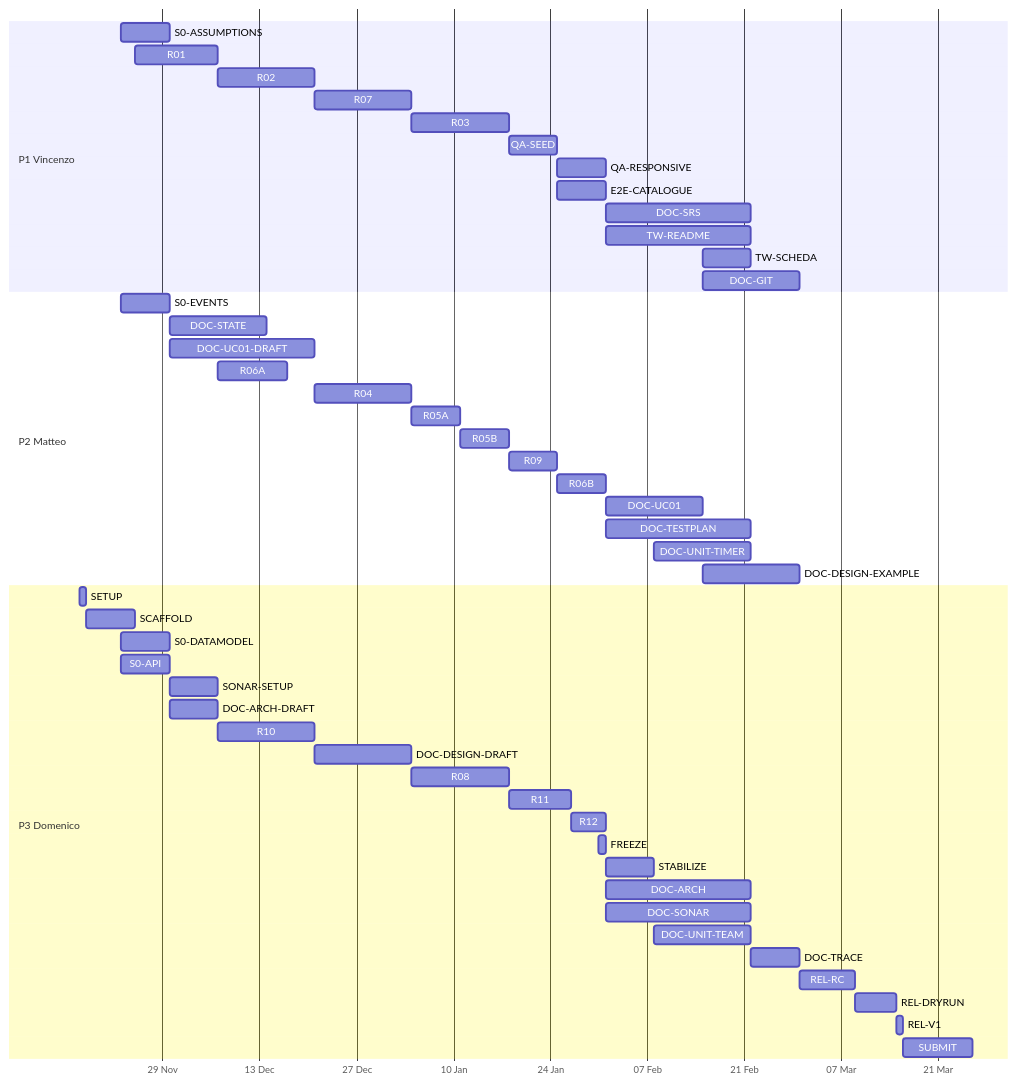
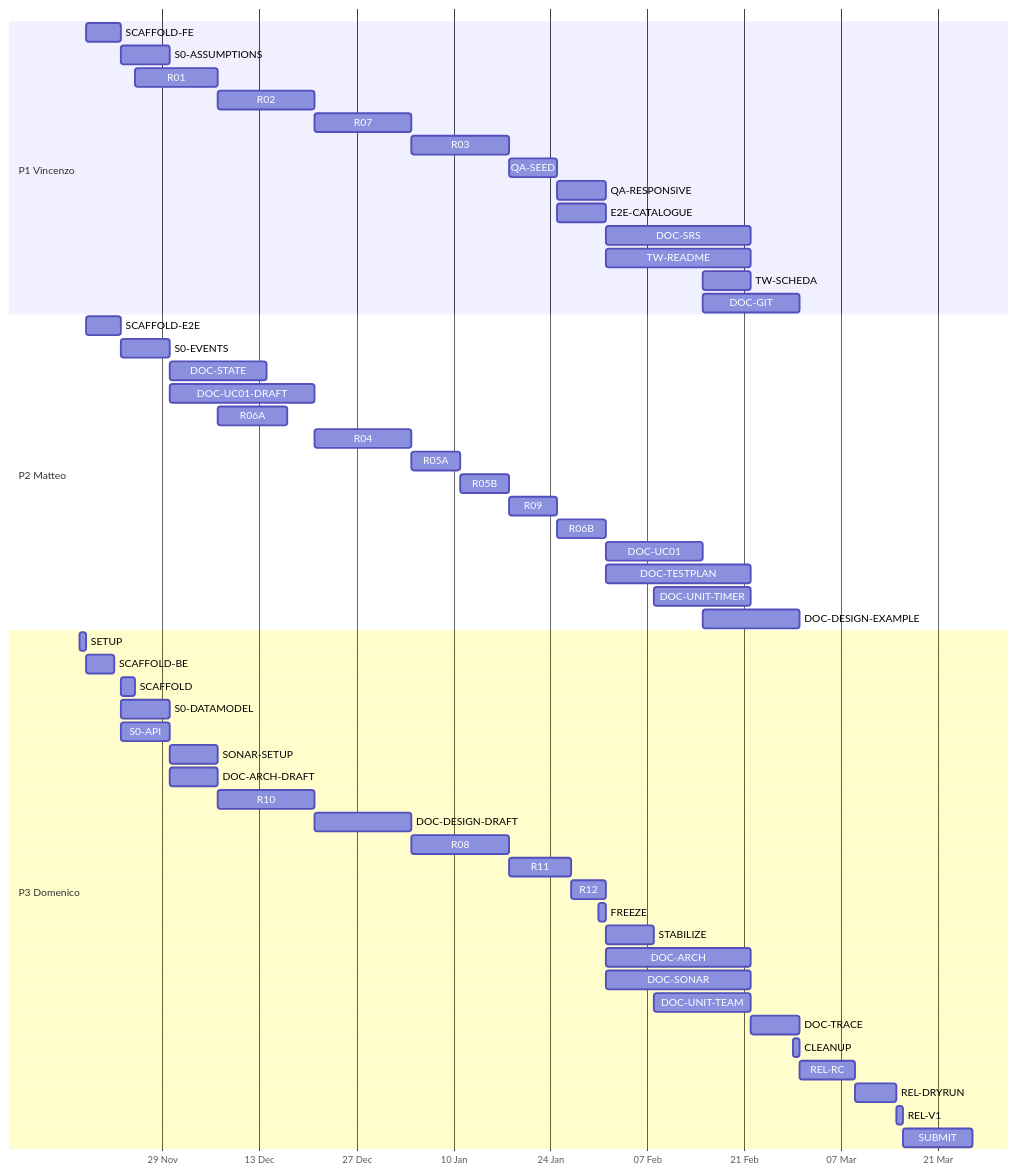
One commit to Mynamesdsuper/sidequest-group40 changed the third of 3 diagrams in docs/plan/PLAN.md. Above: the diagram before and after it, drawn with Mermaid. The commit also changed other lines of this file and 26 other files, not shown here.

First line of the commit message:
chore(plan): CLEANUP task, start-here, directives, scaffold split, project history (#47)

````diff
--- a/docs/plan/PLAN.md
+++ b/docs/plan/PLAN.md
@@ -338,55 +347,59 @@
 ```mermaid
 gantt
   dateFormat YYYY-MM-DD
   axisFormat %d %b
   tickInterval 2week
   section P1 Vincenzo
+  SCAFFOLD-FE :scaffold_fe, 2026-11-18, 5d
   S0-ASSUMPTIONS :s0_assumptions, 2026-11-23, 7d
   R01 :r01, 2026-11-25, 12d
   R02 :r02, 2026-12-07, 14d
   R07 :r07, 2026-12-21, 14d
   R03 :r03, 2027-01-04, 14d
   QA-SEED :qa_seed, 2027-01-18, 7d
   QA-RESPONSIVE :qa_responsive, 2027-01-25, 7d
   E2E-CATALOGUE :e2e_catalogue, 2027-01-25, 7d
   DOC-SRS :doc_srs, 2027-02-01, 21d
   TW-README :tw_readme, 2027-02-01, 21d
   TW-SCHEDA :tw_scheda, 2027-02-15, 7d
   DOC-GIT :doc_git, 2027-02-15, 14d
   section P2 Matteo
+  SCAFFOLD-E2E :scaffold_e2e, 2026-11-18, 5d
   S0-EVENTS :s0_events, 2026-11-23, 7d
   DOC-STATE :doc_state, 2026-11-30, 14d
   DOC-UC01-DRAFT :doc_uc01_draft, 2026-11-30, 21d
   R06A :r06a, 2026-12-07, 10d
   R04 :r04, 2026-12-21, 14d
   R05A :r05a, 2027-01-04, 7d
   R05B :r05b, 2027-01-11, 7d
   R09 :r09, 2027-01-18, 7d
   R06B :r06b, 2027-01-25, 7d
   DOC-UC01 :doc_uc01, 2027-02-01, 14d
   DOC-TESTPLAN :doc_testplan, 2027-02-01, 21d
   DOC-UNIT-TIMER :doc_unit_timer, 2027-02-08, 14d
   DOC-DESIGN-EXAMPLE :doc_design_example, 2027-02-15, 14d
   section P3 Domenico
   SETUP :setup, 2026-11-17, 1d
-  SCAFFOLD :scaffold, 2026-11-18, 7d
+  SCAFFOLD-BE :scaffold_be, 2026-11-18, 4d
+  SCAFFOLD :scaffold, 2026-11-23, 2d
   S0-DATAMODEL :s0_datamodel, 2026-11-23, 7d
   S0-API :s0_api, 2026-11-23, 7d
   SONAR-SETUP :sonar_setup, 2026-11-30, 7d
   DOC-ARCH-DRAFT :doc_arch_draft, 2026-11-30, 7d
   R10 :r10, 2026-12-07, 14d
   DOC-DESIGN-DRAFT :doc_design_draft, 2026-12-21, 14d
   R08 :r08, 2027-01-04, 14d
   R11 :r11, 2027-01-18, 9d
   R12 :r12, 2027-01-27, 5d
   FREEZE :freeze, 2027-01-31, 1d
   STABILIZE :stabilize, 2027-02-01, 7d
   DOC-ARCH :doc_arch, 2027-02-01, 21d
   DOC-SONAR :doc_sonar, 2027-02-01, 21d
   DOC-UNIT-TEAM :doc_unit_team, 2027-02-08, 14d
   DOC-TRACE :doc_trace, 2027-02-22, 7d
+  CLEANUP :cleanup, 2027-02-28, 1d
   REL-RC :rel_rc, 2027-03-01, 8d
   REL-DRYRUN :rel_dryrun, 2027-03-09, 6d
   REL-V1 :rel_v1, 2027-03-15, 1d
   SUBMIT :submit, 2027-03-16, 10d
 ```
````
